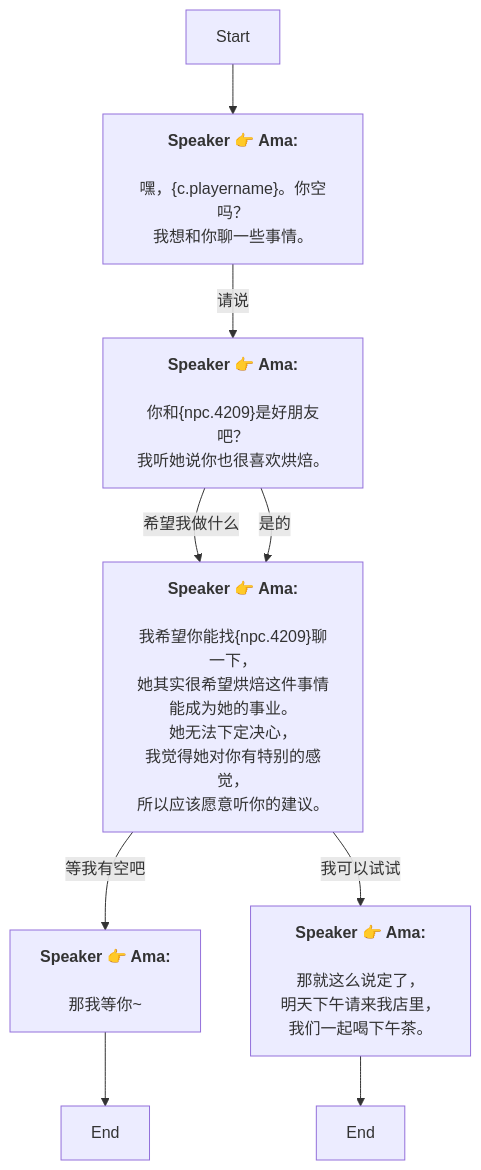
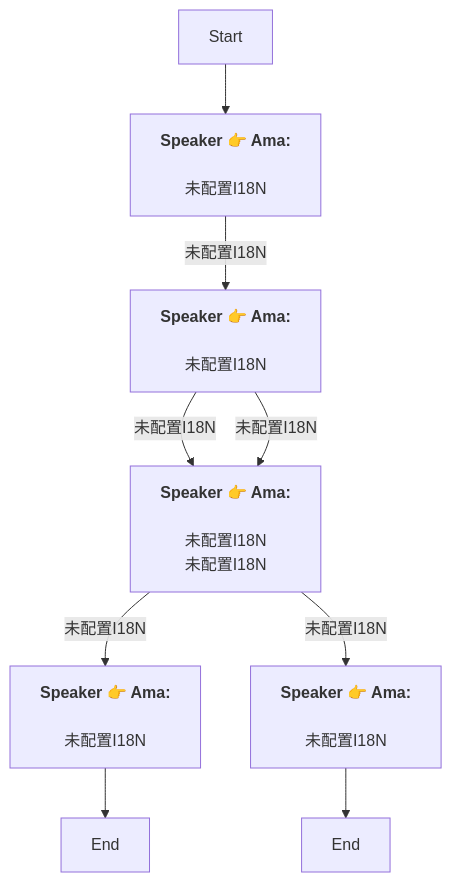
One commit to SoftHu/tos_avg changed the diagram in Zh/QuestStartTalkENode_1754299649006153.md. Above: the diagram before and after it, drawn with Mermaid. The commit also changed 730 other files, not shown here.

````diff
--- a/Zh/QuestStartTalkENode_1754299649006153.md
+++ b/Zh/QuestStartTalkENode_1754299649006153.md
@@ -1,28 +1,18 @@
 ```mermaid
 graph
 Start -->1754300389577294[<b>Speaker 👉 Ama:</b>
-\n嘿，&lbrace;c.playername&rbrace;。你空吗？
-我想和你聊一些事情。]
-1754300389577294 -->|请说|1754300443254355[<b>Speaker 👉 Ama:</b>
-\n你和&lbrace;npc.4209&rbrace;是好朋友吧？
-我听她说你也很喜欢烘焙。]
-1754300443254355 -->|希望我做什么|1754300489287257[<b>Speaker 👉 Ama:</b>
-\n我希望你能找&lbrace;npc.4209&rbrace;聊一下，
-她其实很希望烘焙这件事情能成为她的事业。\n她无法下定决心，
-我觉得她对你有特别的感觉，
-所以应该愿意听你的建议。]
-1754300443254355 -->|是的|1754300489287257[<b>Speaker 👉 Ama:</b>
-\n我希望你能找&lbrace;npc.4209&rbrace;聊一下，
-她其实很希望烘焙这件事情能成为她的事业。\n她无法下定决心，
-我觉得她对你有特别的感觉，
-所以应该愿意听你的建议。]
-1754300489287257 -->|等我有空吧|1754300946867810[<b>Speaker 👉 Ama:</b>
-\n那我等你~]
-1754300489287257 -->|我可以试试|1754300932487777[<b>Speaker 👉 Ama:</b>
-\n那就这么说定了，
-明天下午请来我店里，
-我们一起喝下午茶。]
+\n未配置I18N]
+1754300389577294 -->|未配置I18N|1754300443254355[<b>Speaker 👉 Ama:</b>
+\n未配置I18N]
+1754300443254355 -->|未配置I18N|1754300489287257[<b>Speaker 👉 Ama:</b>
+\n未配置I18N\n未配置I18N]
+1754300443254355 -->|未配置I18N|1754300489287257[<b>Speaker 👉 Ama:</b>
+\n未配置I18N\n未配置I18N]
+1754300489287257 -->|未配置I18N|1754300946867810[<b>Speaker 👉 Ama:</b>
+\n未配置I18N]
+1754300489287257 -->|未配置I18N|1754300932487777[<b>Speaker 👉 Ama:</b>
+\n未配置I18N]
 1754300932487777 -->1754300921031264[End]
 1754300946867810 -->1754300914270815[End]
 
 ```
````
